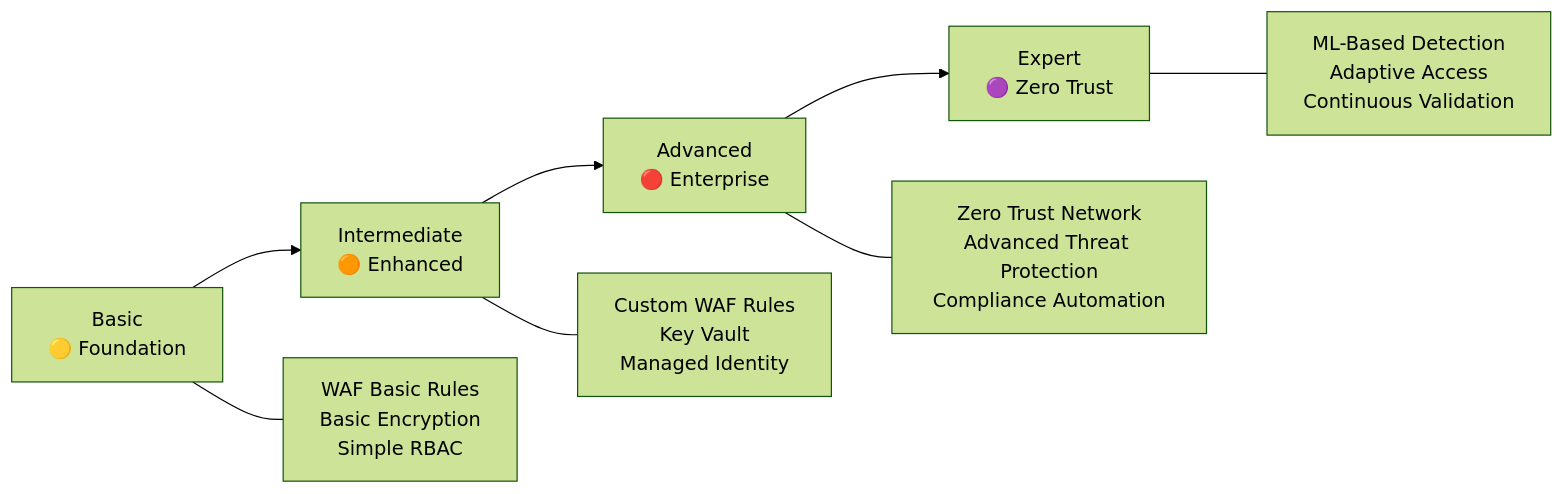
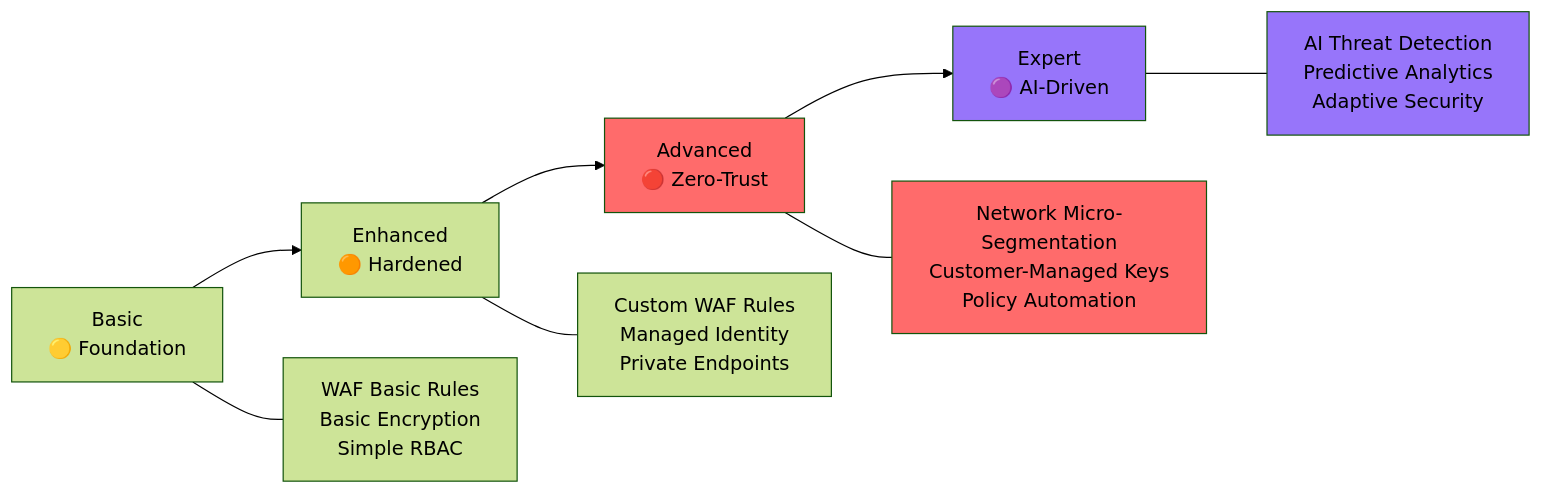
The diagram in SECURITY_GUIDE.md (srnichols/StampsPattern), drawn with Mermaid (forest theme) before and after one commit. The commit also changed other lines of this file and 18 other files, not shown here.

First line of the commit message:
feat: Establish production-ready baseline with comprehensive CAF/WAF compliance

`````diff
--- a/SECURITY_GUIDE.md
+++ b/SECURITY_GUIDE.md
@@ -18,16 +19,21 @@
 ```mermaid
 graph LR
-    A[Basic<br/>🟡 Foundation] --> B[Intermediate<br/>🟠 Enhanced]
-    B --> C[Advanced<br/>🔴 Enterprise]
-    C --> D[Expert<br/>🟣 Zero Trust]
+    A[Basic<br/>🟡 Foundation] --> B[Enhanced<br/>🟠 Hardened]
+    B --> C[Advanced<br/>🔴 Zero-Trust]
+    C --> D[Expert<br/>🟣 AI-Driven]
     
     A1[WAF Basic Rules<br/>Basic Encryption<br/>Simple RBAC] 
-    B1[Custom WAF Rules<br/>Key Vault<br/>Managed Identity]
-    C1[Zero Trust Network<br/>Advanced Threat Protection<br/>Compliance Automation]
-    D1[ML-Based Detection<br/>Adaptive Access<br/>Continuous Validation]
+    B1[Custom WAF Rules<br/>Managed Identity<br/>Private Endpoints]
+    C1[Network Micro-Segmentation<br/>Customer-Managed Keys<br/>Policy Automation]
+    D1[AI Threat Detection<br/>Predictive Analytics<br/>Adaptive Security]
     
     A --- A1
     B --- B1  
     C --- C1
     D --- D1
-```
+    
+    style C fill:#ff6b6b
+    style D fill:#9775fa
+    style C1 fill:#ff6b6b
+    style D1 fill:#9775fa
+````
`````
